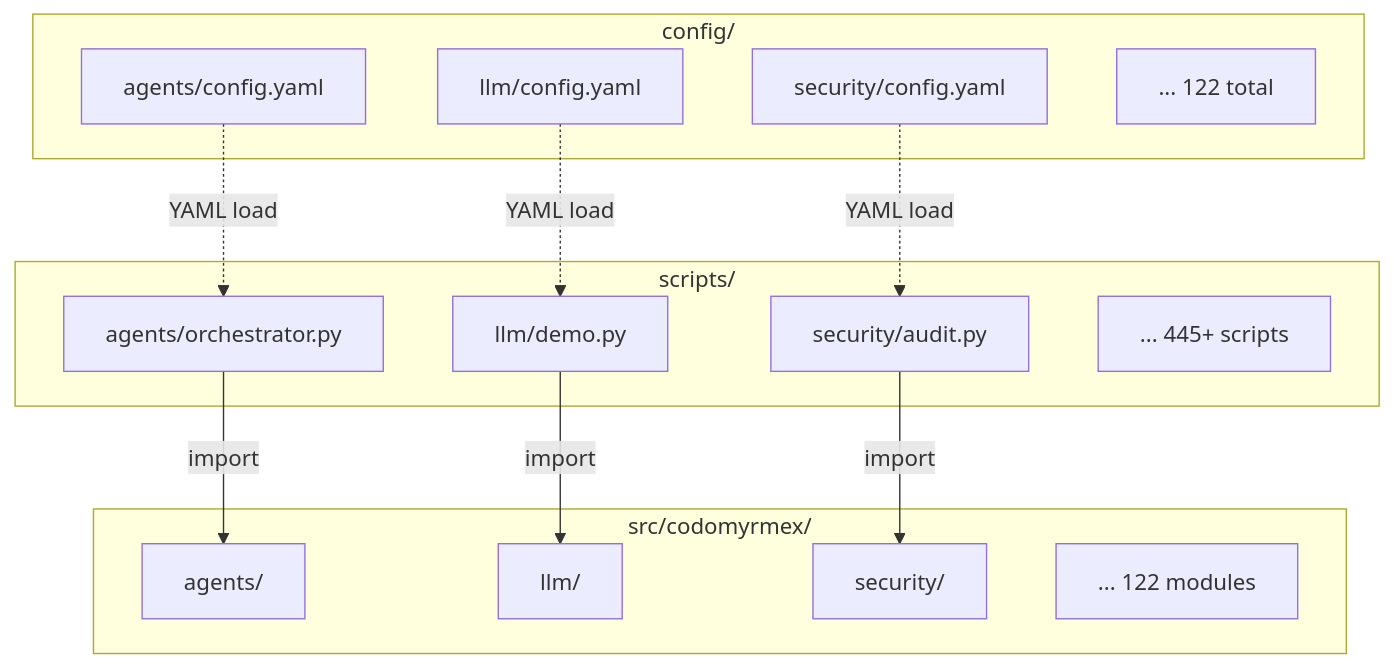
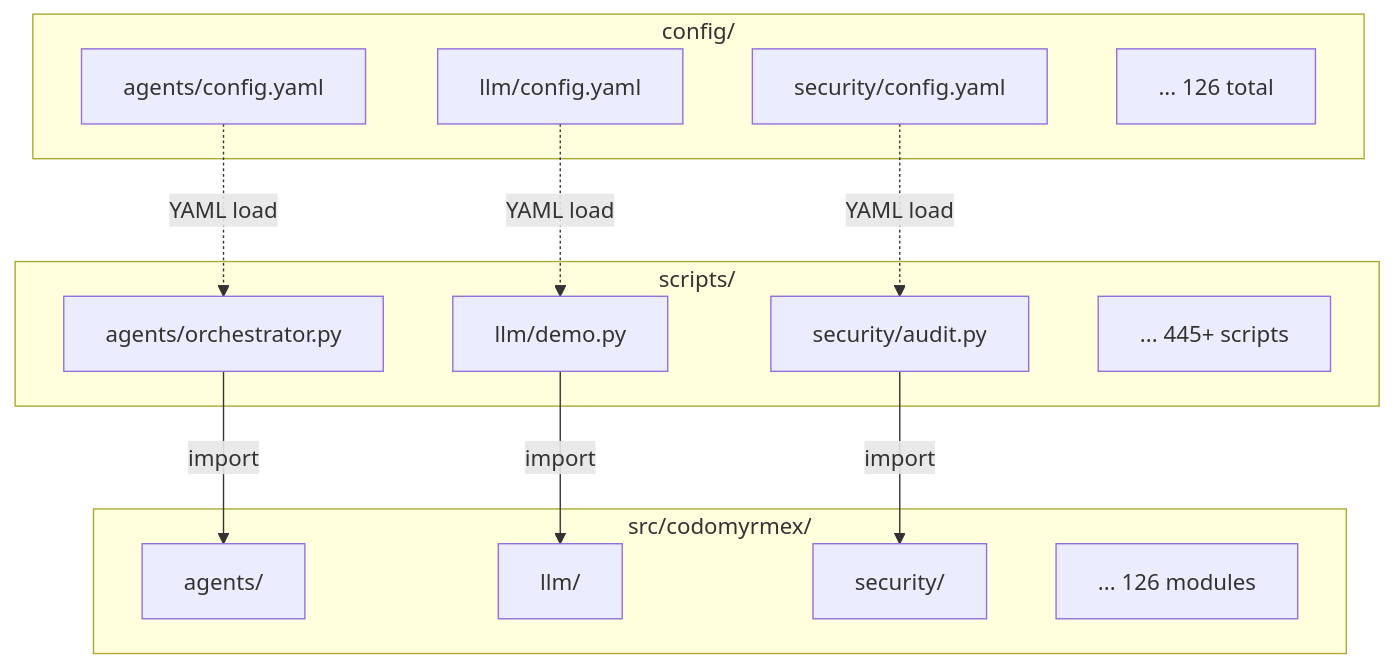
Before and after one commit to docxology/codomyrmex: the sixth of 7 diagrams in .github/README.md, drawn with Mermaid. The commit also changed other lines of this file and 72 other files, not shown here.

````diff
--- a/.github/README.md
+++ b/.github/README.md
@@ -523,30 +523,30 @@
 ```mermaid
 graph TB
     subgraph ConfigRoot["config/"]
         C1["agents/config.yaml"]
         C2["llm/config.yaml"]
         C3["security/config.yaml"]
-        Cdots["... 122 total"]
+        Cdots["... 126 total"]
     end
 
     subgraph Scripts["scripts/"]
         S1["agents/orchestrator.py"]
         S2["llm/demo.py"]
         S3["security/audit.py"]
         Sdots["... 445+ scripts"]
     end
 
     subgraph Source["src/codomyrmex/"]
         Src1["agents/"]
         Src2["llm/"]
         Src3["security/"]
-        SrcDots["... 122 modules"]
+        SrcDots["... 126 modules"]
     end
 
     C1 -.->|"YAML load"| S1
     C2 -.->|"YAML load"| S2
     C3 -.->|"YAML load"| S3
     S1 -->|"import"| Src1
     S2 -->|"import"| Src2
     S3 -->|"import"| Src3
 ```
````
